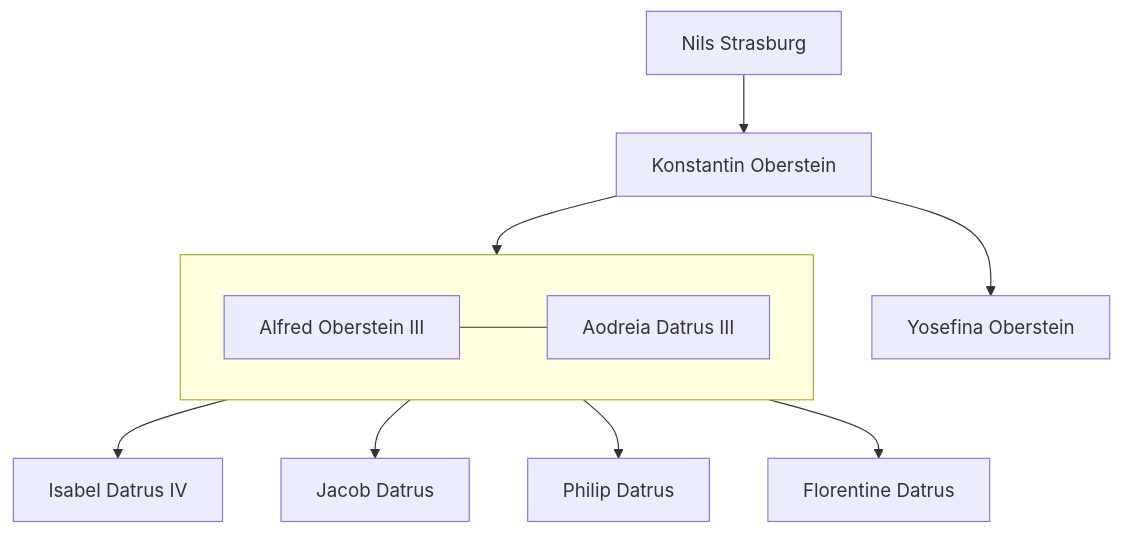
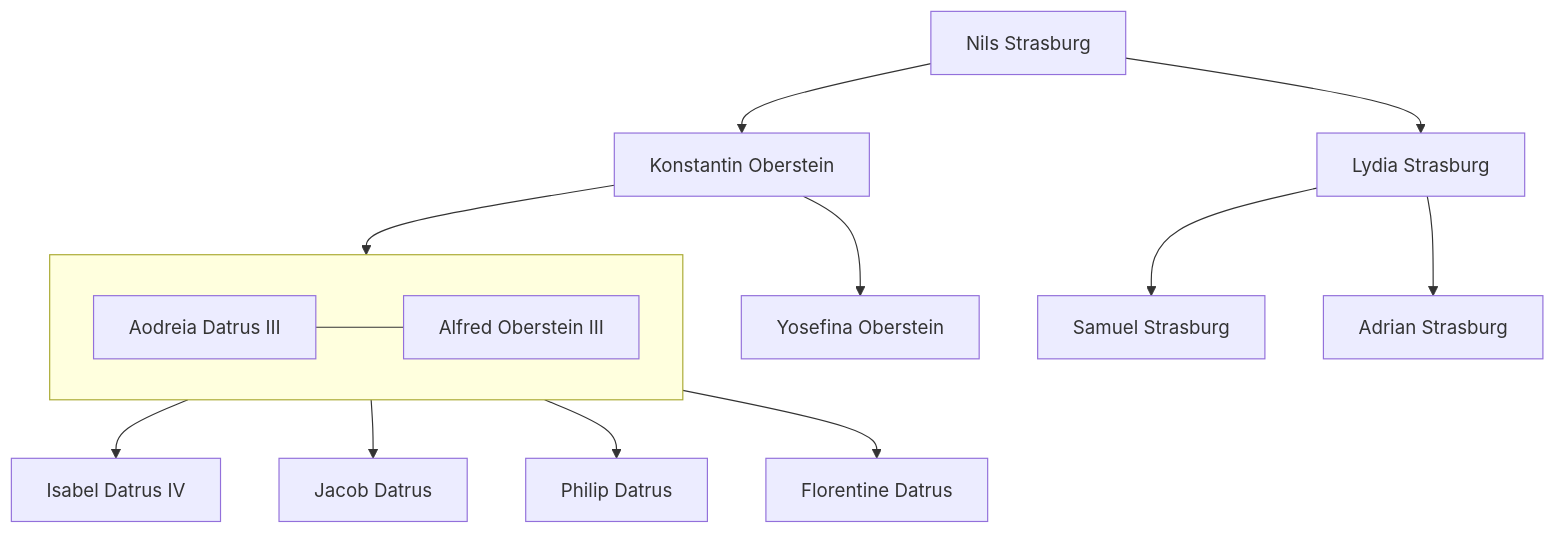
Before and after one commit to k-barber/ccmb-doc: the diagram in content/People/Nobles/Alfred Oberstein Ⅲ.md, drawn with Mermaid. The commit also changed other lines of this file and 56 other files, not shown here.

````diff
--- a/content/People/Nobles/Alfred Oberstein Ⅲ.md
+++ b/content/People/Nobles/Alfred Oberstein Ⅲ.md
@@ -15,18 +15,22 @@
 ```mermaid
 graph TD
 A["Nils Strasburg"] --> B[Konstantin Oberstein]
 B --> C
 	subgraph C [" "]
-		direction LR
+		direction RL
 		D[Alfred Oberstein Ⅲ]
 		E[Aodreia Datrus Ⅲ]
 		D --- E
 	end
 
 C --> F[Isabel Datrus IV]
 C --> G[Jacob Datrus]
 C --> H[Philip Datrus]
 C --> I[Florentine Datrus]
 B --> J[Yosefina Oberstein]
-class A,B,E,F,J internal-link;
+A --> M[Lydia Strasburg]
+M --> K[Samuel Strasburg]
+M --> L[Adrian Strasburg]
+class A,B,E,F,J,K,L internal-link;
+class D current-person;
 ```
````
